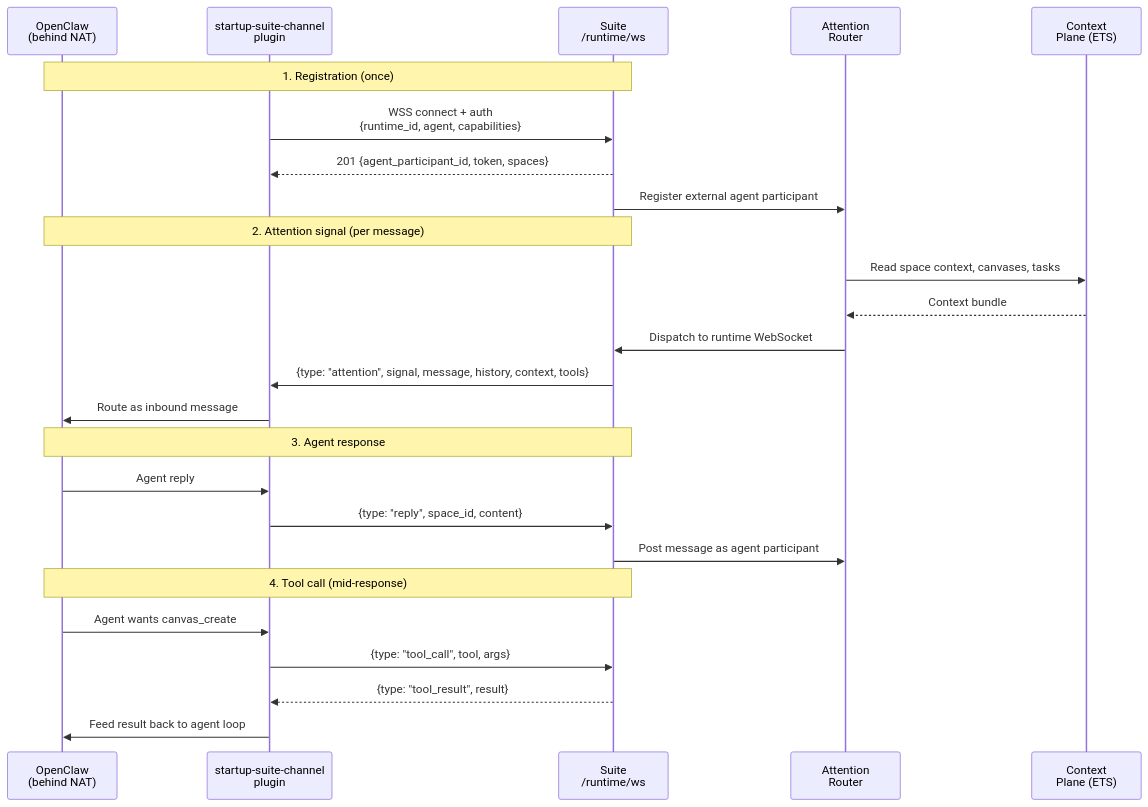
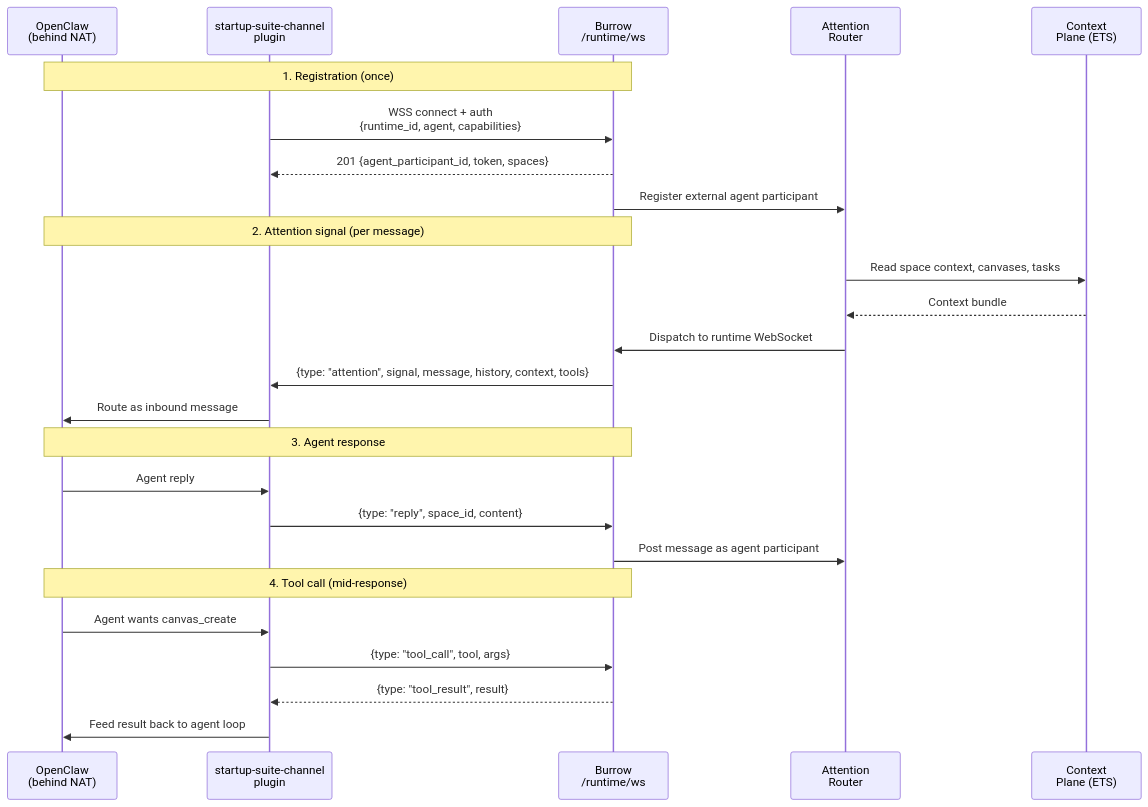
Before and after one commit to GetBurrowing/core: the second of 4 diagrams in docs/architecture/federation-overview.md, drawn with Mermaid. The commit also changed other lines of this file and 359 other files, not shown here.

First line of the commit message:
Burrow rename A2: core user-facing names, docs and app identifiers Suite → Burrow (01a14b9e) (#1268)

````diff
--- a/docs/architecture/federation-overview.md
+++ b/docs/architecture/federation-overview.md
@@ -79,31 +79,31 @@
 ```mermaid
 sequenceDiagram
     participant OC as OpenClaw<br>(behind NAT)
     participant Plugin as startup-suite-channel<br>plugin
-    participant Suite as Suite<br>/runtime/ws
+    participant Burrow as Burrow<br>/runtime/ws
     participant AR as Attention<br>Router
     participant CP as Context<br>Plane (ETS)
 
-    Note over OC,Suite: 1. Registration (once)
-    Plugin->>Suite: WSS connect + auth<br>{runtime_id, agent, capabilities}
-    Suite-->>Plugin: 201 {agent_participant_id, token, spaces}
-    Suite->>AR: Register external agent participant
+    Note over OC,Burrow: 1. Registration (once)
+    Plugin->>Burrow: WSS connect + auth<br>{runtime_id, agent, capabilities}
+    Burrow-->>Plugin: 201 {agent_participant_id, token, spaces}
+    Burrow->>AR: Register external agent participant
 
-    Note over OC,Suite: 2. Attention signal (per message)
+    Note over OC,Burrow: 2. Attention signal (per message)
     AR->>CP: Read space context, canvases, tasks
     CP-->>AR: Context bundle
-    AR->>Suite: Dispatch to runtime WebSocket
-    Suite->>Plugin: {type: "attention", signal, message, history, context, tools}
+    AR->>Burrow: Dispatch to runtime WebSocket
+    Burrow->>Plugin: {type: "attention", signal, message, history, context, tools}
     Plugin->>OC: Route as inbound message
 
-    Note over OC,Suite: 3. Agent response
+    Note over OC,Burrow: 3. Agent response
     OC->>Plugin: Agent reply
-    Plugin->>Suite: {type: "reply", space_id, content}
-    Suite->>AR: Post message as agent participant
+    Plugin->>Burrow: {type: "reply", space_id, content}
+    Burrow->>AR: Post message as agent participant
 
-    Note over OC,Suite: 4. Tool call (mid-response)
+    Note over OC,Burrow: 4. Tool call (mid-response)
     OC->>Plugin: Agent wants canvas_create
-    Plugin->>Suite: {type: "tool_call", tool, args}
-    Suite-->>Plugin: {type: "tool_result", result}
+    Plugin->>Burrow: {type: "tool_call", tool, args}
+    Burrow-->>Plugin: {type: "tool_result", result}
     Plugin->>OC: Feed result back to agent loop
 ```
````
